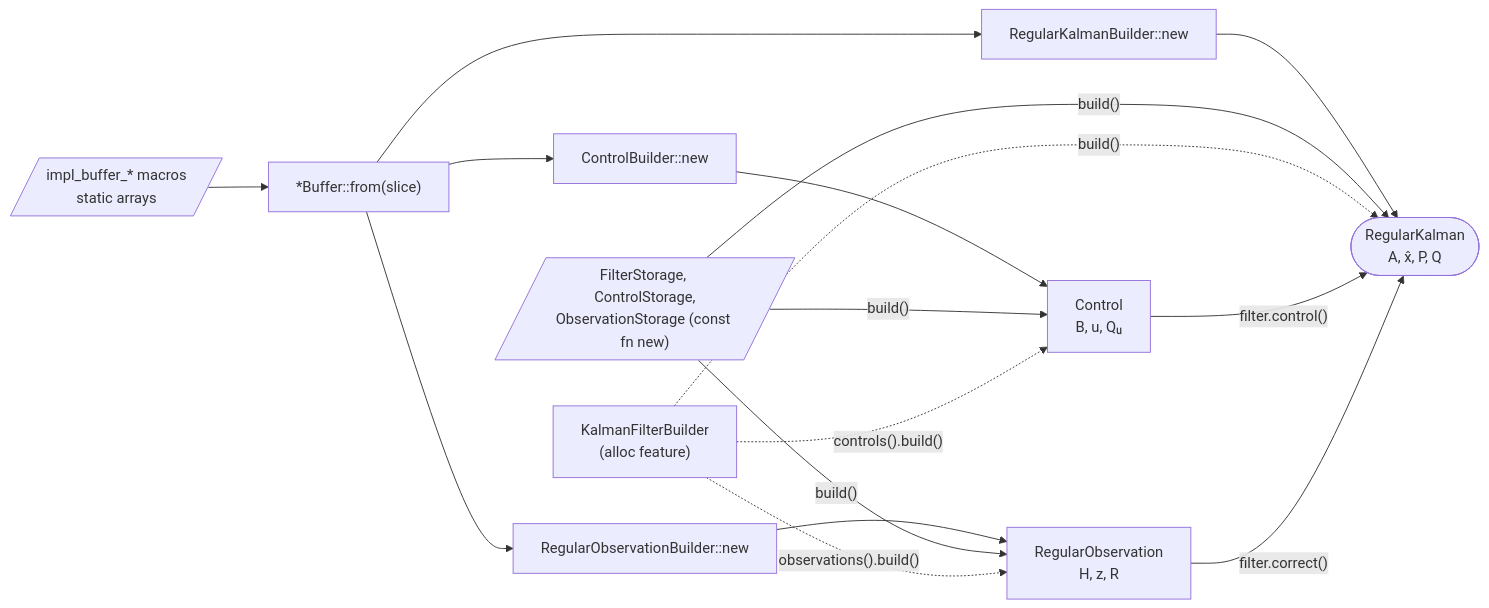
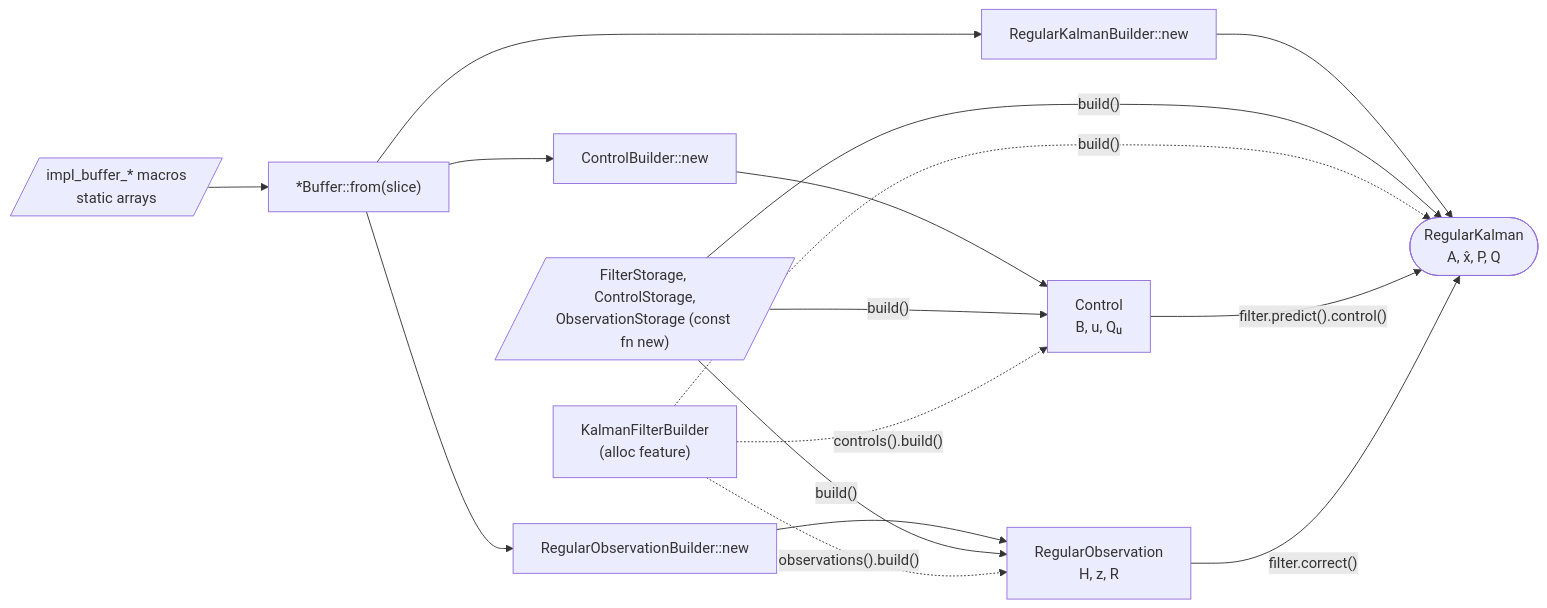
Before and after one commit to sunsided/minikalman-rs: the diagram in crates/minikalman/docs/diagrams/regular-setup.mmd, drawn with Mermaid. The commit also changed 10 other files, not shown here.

```diff
--- a/crates/minikalman/docs/diagrams/regular-setup.mmd
+++ b/crates/minikalman/docs/diagrams/regular-setup.mmd
@@ -1,26 +1,26 @@
 flowchart LR
     %% How the regular filter's types are wired up. Style: see docs/diagrams/README.md.
     %% The root README.md holds an inline copy of this diagram; keep the two in sync.
     %% Without alloc, the storage types or the impl_buffer_* macros provide the buffers;
     %% with alloc, the KalmanFilterBuilder allocates them.
     alloc["KalmanFilterBuilder<br/>(alloc feature)"]
     macros[/"impl_buffer_* macros<br/>static arrays"/]
     storage[/"FilterStorage, ControlStorage,<br/>ObservationStorage (const fn new)"/]
     buffers["*Buffer::from(slice)"]
     filterBuilder["RegularKalmanBuilder::new"]
     controlBuilder["ControlBuilder::new"]
     observationBuilder["RegularObservationBuilder::new"]
     filter(["RegularKalman<br/>A, x̂, P, Q"])
     control["Control<br/>B, u, Qᵤ"]
     observation["RegularObservation<br/>H, z, R"]
     macros --> buffers --> filterBuilder & controlBuilder & observationBuilder
     filterBuilder --> filter
     controlBuilder --> control
     observationBuilder --> observation
     storage -- "build()" --> filter & control & observation
     alloc -. "build()" .-> filter
     alloc -. "controls().build()" .-> control
     alloc -. "observations().build()" .-> observation
-    control -- "filter.control()" --> filter
+    control -- "filter.predict().control()" --> filter
     observation -- "filter.correct()" --> filter
     classDef focus fill:#fbbf24,stroke:#b45309,stroke-width:3px,color:#1c1917
```
